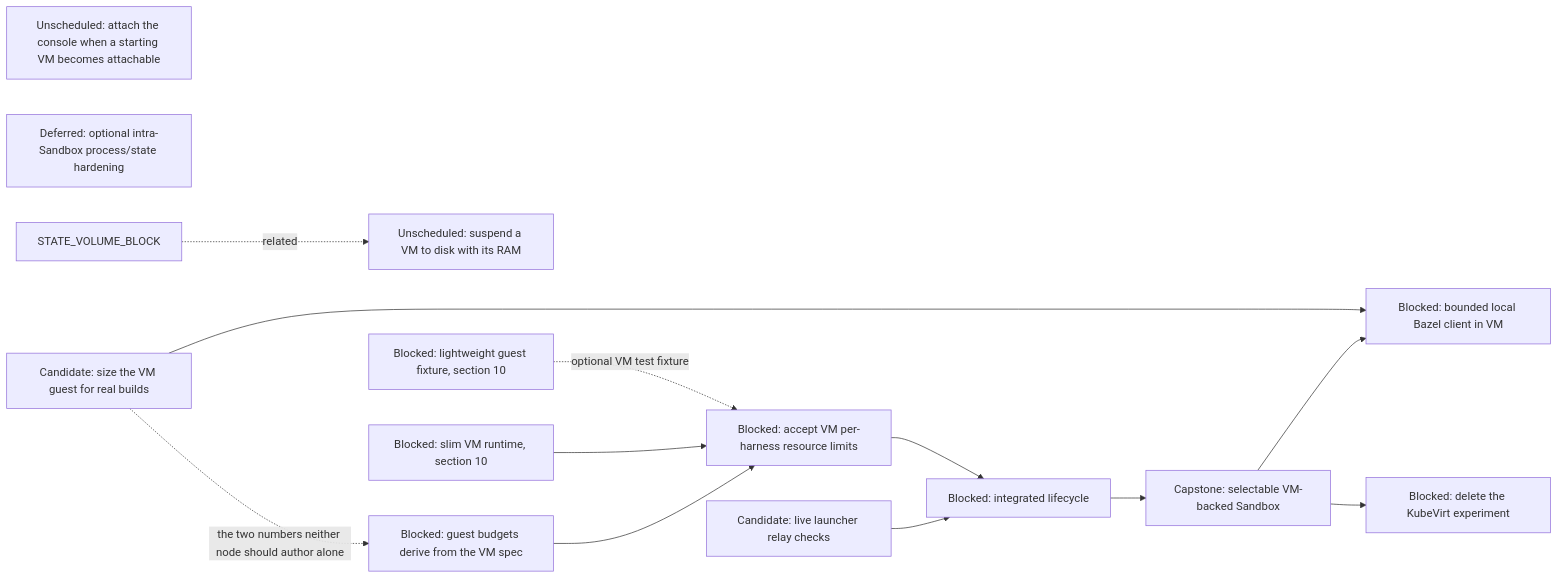
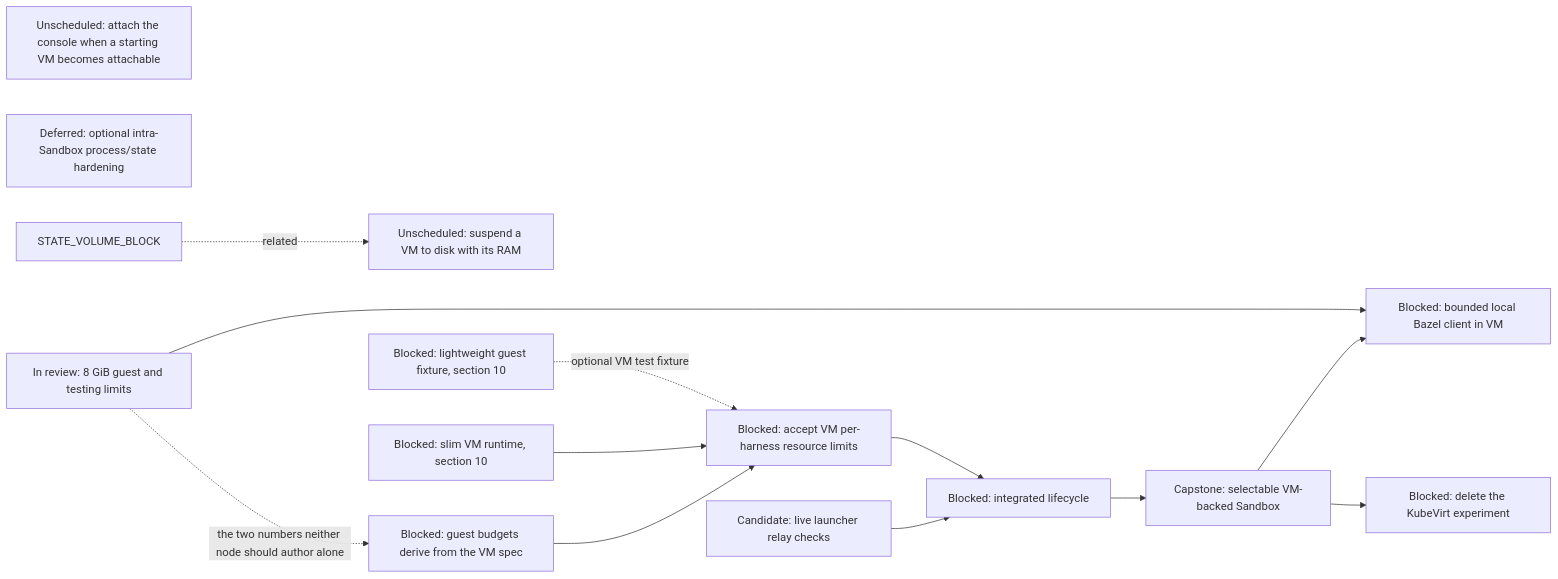
Before and after one commit to agentydragon-agent/ducktape: the sixth of 16 diagrams in agentplane/plans/task_dag.md, drawn with Mermaid. The commit also changed other lines of this file, not shown here.

````diff
--- a/agentplane/plans/task_dag.md
+++ b/agentplane/plans/task_dag.md
@@ -423,24 +432,24 @@
 ```mermaid
 flowchart LR
     VM_EGRESS[Candidate: live launcher relay checks]
     VM_RAM_SUSPEND[Unscheduled: suspend a VM to disk with its RAM]
     VM_CONSOLE_DEFERRED_ATTACH[Unscheduled: attach the console when a starting VM becomes attachable]
     VM_HARNESS_RESOURCE_LIMITS[Blocked: accept VM per-harness resource limits]
     VM_INTRA_SANDBOX_HARDENING[Deferred: optional intra-Sandbox process/state hardening]
     RUNNER_LAYERING_VM[Blocked: slim VM runtime, section 10]
     K3S_VM_IMAGE[Blocked: lightweight guest fixture, section 10]
     VM_LIFECYCLE[Blocked: integrated lifecycle]
     STATE_VOLUME_BLOCK -. related .-> VM_RAM_SUSPEND
     VM_EGRESS --> VM_LIFECYCLE
     VM_HARNESS_RESOURCE_LIMITS --> VM_LIFECYCLE
     VM_GUEST_BUDGET_DERIVE --> VM_HARNESS_RESOURCE_LIMITS
     RUNNER_LAYERING_VM --> VM_HARNESS_RESOURCE_LIMITS
     K3S_VM_IMAGE -. optional VM test fixture .-> VM_HARNESS_RESOURCE_LIMITS
     VM_LIFECYCLE --> SANDBOX_VM_ISOLATION[Capstone: selectable VM-backed Sandbox]
-    VM_GUEST_MEMORY[Candidate: size the VM guest for real builds]
+    VM_GUEST_MEMORY[In review: 8 GiB guest and testing limits]
     VM_GUEST_BUDGET_DERIVE[Blocked: guest budgets derive from the VM spec]
     VM_GUEST_MEMORY -. the two numbers neither node should author alone .-> VM_GUEST_BUDGET_DERIVE
     SANDBOX_VM_ISOLATION --> LOCAL_BAZEL[Blocked: bounded local Bazel client in VM]
     VM_GUEST_MEMORY --> LOCAL_BAZEL
     SANDBOX_VM_ISOLATION --> KUBEVIRT_EXPERIMENT_RETIRE[Blocked: delete the KubeVirt experiment]
 ```
````
